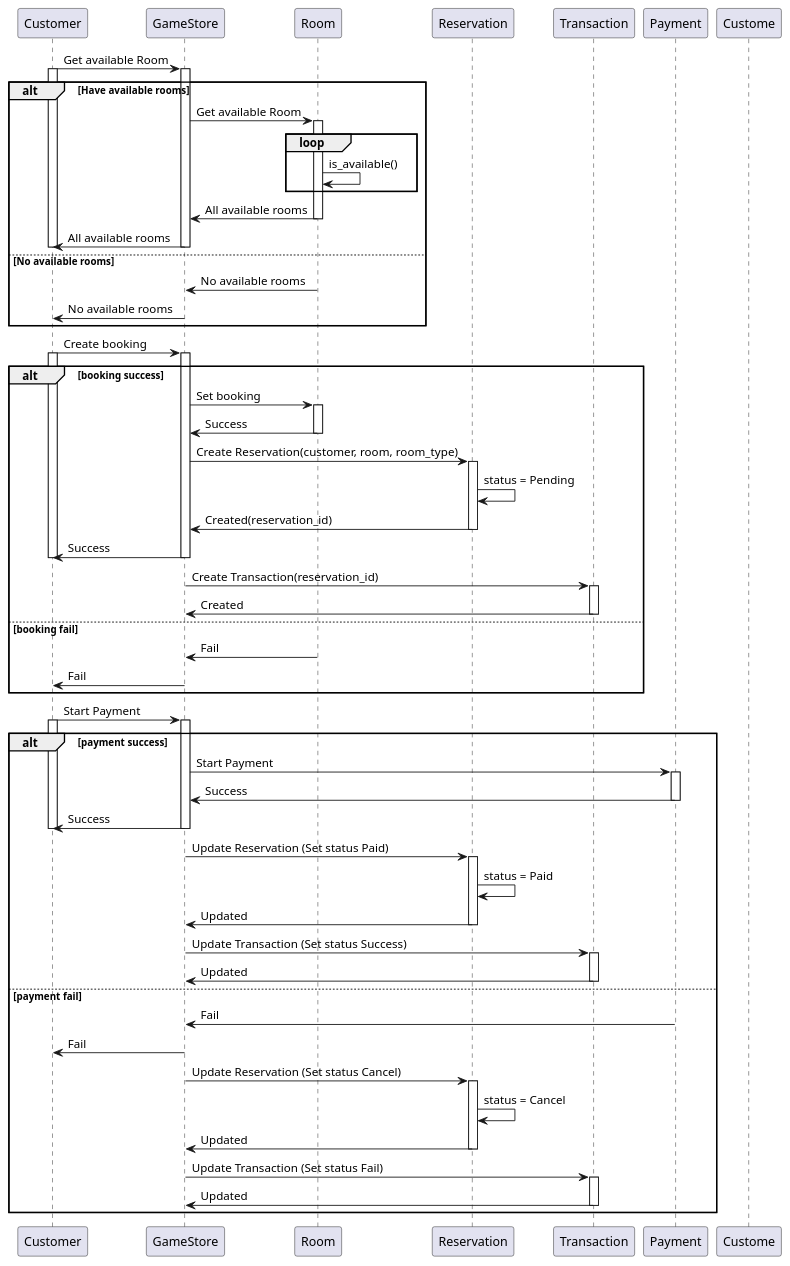
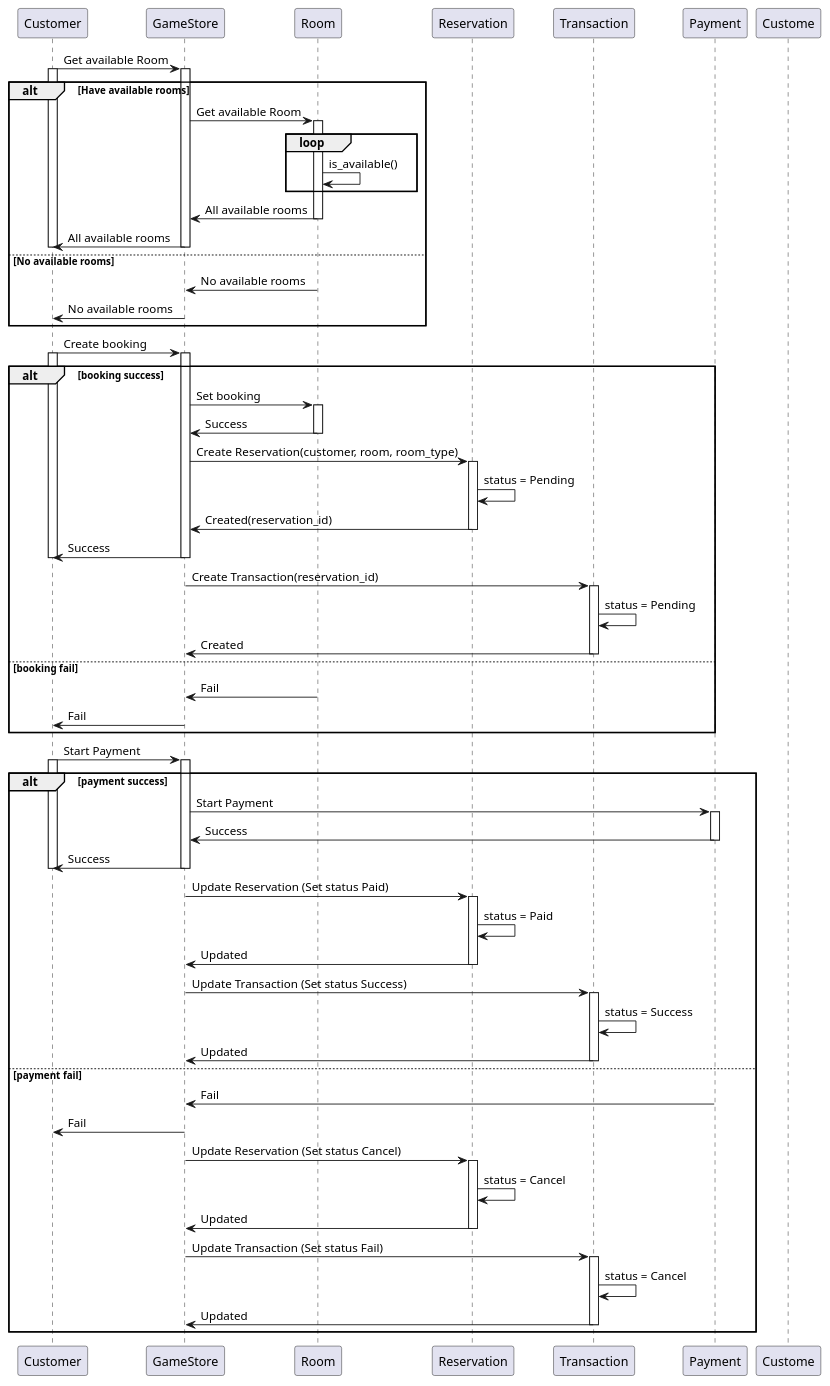
Before and after one commit to WaroonRagwongsiri/OOP_Project: the diagram in sequence_diagram.puml, drawn with PlantUML.

Commit message:
minor update

```diff
--- a/sequence_diagram.puml
+++ b/sequence_diagram.puml
@@ -1,113 +1,116 @@
 @startuml UsecaseSequenceDiagram
 
 Customer -> GameStore : Get available Room
 activate Customer
 activate GameStore
 
 alt Have available rooms
 
 	GameStore -> Room : Get available Room
 	activate Room
 
 	loop
 		Room -> Room : is_available()
 	end
 
 	Room -> GameStore : All available rooms
 	deactivate Room
 
 	GameStore -> Customer : All available rooms
 	deactivate GameStore
 	deactivate Customer
 
 else No available rooms
 
 	Room -> GameStore : No available rooms
 	GameStore -> Customer : No available rooms
 	deactivate GameStore
 	deactivate Customer
 
 end
 
 Customer -> GameStore : Create booking
 activate Customer
 activate GameStore
 
 alt booking success
 
 	GameStore -> Room : Set booking
 	activate Room
 	Room -> GameStore : Success
 	deactivate Room
 
 	GameStore -> Reservation : Create Reservation(customer, room, room_type)
 	activate Reservation
 	Reservation -> Reservation : status = Pending
 	Reservation -> GameStore : Created(reservation_id)
 	deactivate Reservation
 
 	GameStore -> Customer : Success
 	deactivate GameStore
 	deactivate Customer
 
 	GameStore -> Transaction : Create Transaction(reservation_id)
 	activate Transaction
+	Transaction -> Transaction : status = Pending
 	Transaction -> GameStore : Created
 	deactivate Transaction
 
 else booking fail
 
 	Room -> GameStore : Fail
 	GameStore -> Customer : Fail
 	deactivate GameStore
 	deactivate Customer
 
 end
 
 Customer -> GameStore : Start Payment
 activate Customer
 activate GameStore
 
 alt payment success
 
 	GameStore -> Payment : Start Payment
 	activate Payment
 	Payment -> GameStore : Success
 	deactivate Payment
 
 	GameStore -> Customer : Success
 	deactivate GameStore
 	deactivate Customer
 
 	GameStore -> Reservation : Update Reservation (Set status Paid)
 	activate Reservation
 	Reservation -> Reservation : status = Paid
 	Reservation -> GameStore : Updated
 	deactivate Reservation
 
 	GameStore -> Transaction : Update Transaction (Set status Success)
 	activate Transaction
+	Transaction -> Transaction : status = Success
 	Transaction -> GameStore : Updated
 	deactivate Transaction
 
 else payment fail
 
 	Payment -> GameStore : Fail
 	GameStore -> Customer : Fail
 	deactivate GameStore
 	deactivate Custome
 
 	GameStore -> Reservation : Update Reservation (Set status Cancel)
 	activate Reservation
 	Reservation -> Reservation : status = Cancel
 	Reservation -> GameStore : Updated
 	deactivate Reservation
 
 	GameStore -> Transaction : Update Transaction (Set status Fail)
 	activate Transaction
+	Transaction -> Transaction : status = Cancel
 	Transaction -> GameStore : Updated
 	deactivate Transaction
 
 end
 
 @enduml
```
